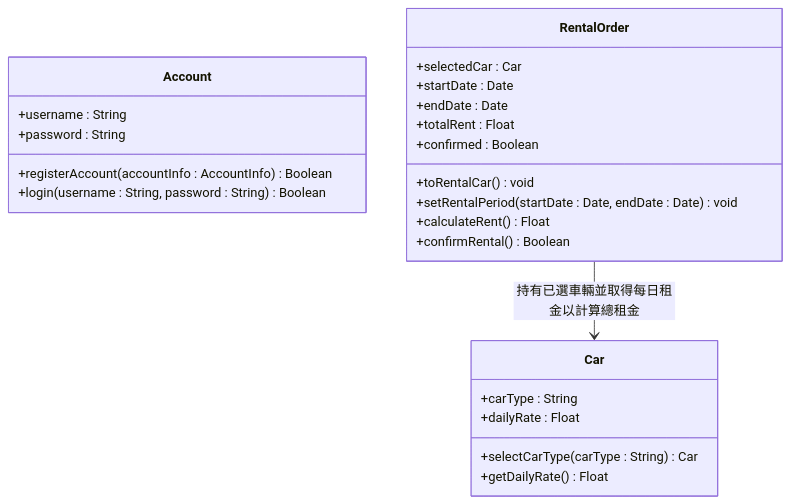
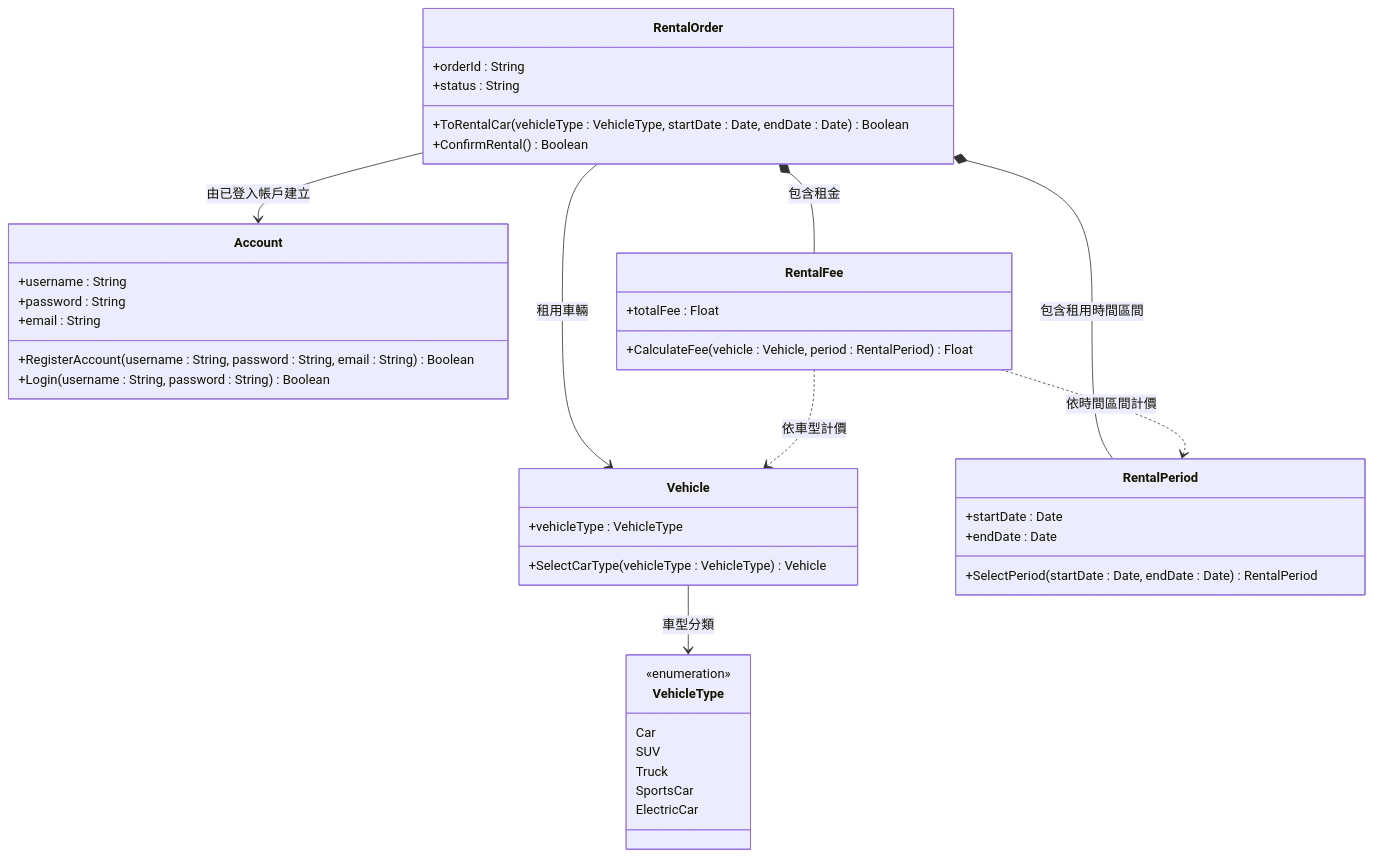
The diagram in CD_01_車輛租用系統.md (wugelis/Custom_Agent_Lab11-CC), drawn with Mermaid before and after one commit. The commit also changed other lines of this file and 2 other files, not shown here.

Commit message:
更新課程中完成的 UML Mermaid Diagram

````diff
--- a/CD_01_車輛租用系統.md
+++ b/CD_01_車輛租用系統.md
@@ -3,30 +3,50 @@
 ```mermaid
 classDiagram
+    class VehicleType {
+        <<enumeration>>
+        Car
+        SUV
+        Truck
+        SportsCar
+        ElectricCar
+    }
+
     class Account {
         +username : String
         +password : String
-        +registerAccount(accountInfo : AccountInfo) Boolean
-        +login(username : String, password : String) Boolean
+        +email : String
+        +RegisterAccount(username : String, password : String, email : String) Boolean
+        +Login(username : String, password : String) Boolean
     }
 
     class RentalOrder {
-        +selectedCar : Car
+        +orderId : String
+        +status : String
+        +ToRentalCar(vehicleType : VehicleType, startDate : Date, endDate : Date) Boolean
+        +ConfirmRental() Boolean
+    }
+
+    class Vehicle {
+        +vehicleType : VehicleType
+        +SelectCarType(vehicleType : VehicleType) Vehicle
+    }
+
+    class RentalPeriod {
         +startDate : Date
         +endDate : Date
-        +totalRent : Float
-        +confirmed : Boolean
-        +toRentalCar() void
-        +setRentalPeriod(startDate : Date, endDate : Date) void
-        +calculateRent() Float
-        +confirmRental() Boolean
+        +SelectPeriod(startDate : Date, endDate : Date) RentalPeriod
     }
 
-    class Car {
-        +carType : String
-        +dailyRate : Float
-        +selectCarType(carType : String) Car
-        +getDailyRate() Float
+    class RentalFee {
+        +totalFee : Float
+        +CalculateFee(vehicle : Vehicle, period : RentalPeriod) Float
     }
 
-    RentalOrder --> Car : 持有已選車輛並取得每日租金以計算總租金
+    RentalOrder --> Account : 由已登入帳戶建立
+    RentalOrder --> Vehicle : 租用車輛
+    RentalOrder *-- RentalPeriod : 包含租用時間區間
+    RentalOrder *-- RentalFee : 包含租金
+    Vehicle --> VehicleType : 車型分類
+    RentalFee ..> Vehicle : 依車型計價
+    RentalFee ..> RentalPeriod : 依時間區間計價
 ```
````
